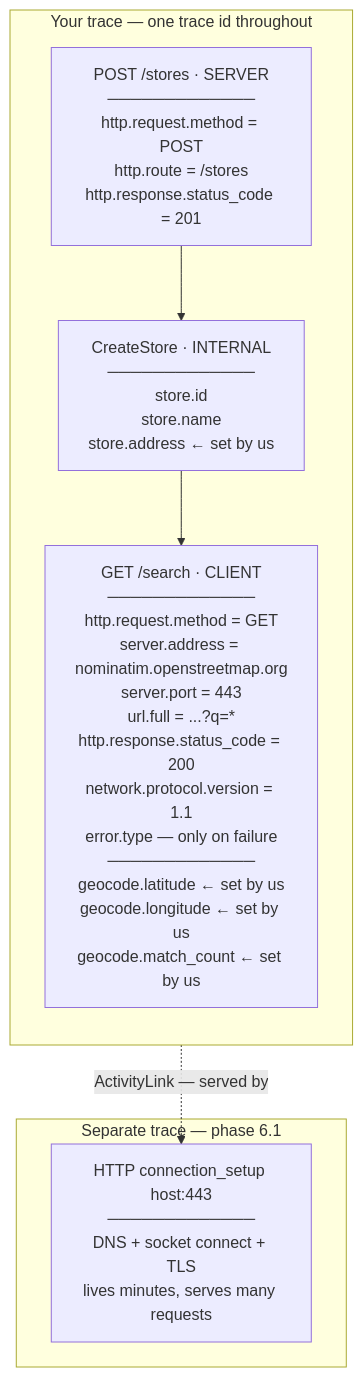
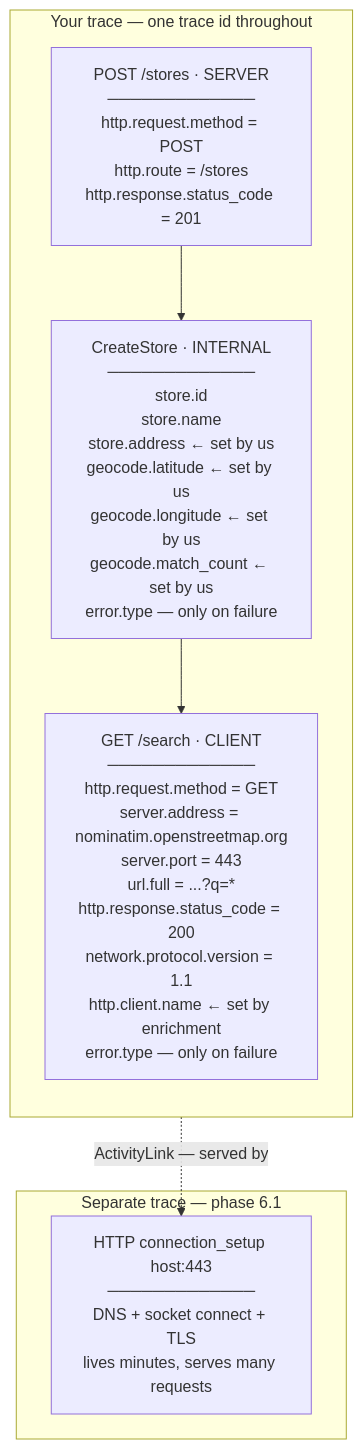
Before and after one commit to irfaniskandar-23/opentelemetry: the second of 3 diagrams in docs/phase-6-network-hop.md, drawn with Mermaid. The commit also changed other lines of this file and 2 other files, not shown here.

First line of the commit message:
fix(api): mark CreateStore as failed when POST /stores throws

````diff
--- a/docs/phase-6-network-hop.md
+++ b/docs/phase-6-network-hop.md
@@ -74,19 +74,19 @@
 ```mermaid
 flowchart TD
     subgraph T1["Your trace — one trace id throughout"]
         direction TB
         A["POST /stores · SERVER<br/>─────────────<br/>http.request.method = POST<br/>http.route = /stores<br/>http.response.status_code = 201"]
 
-        B["CreateStore · INTERNAL<br/>─────────────<br/>store.id<br/>store.name<br/>store.address ← set by us"]
+        B["CreateStore · INTERNAL<br/>─────────────<br/>store.id<br/>store.name<br/>store.address ← set by us<br/>geocode.latitude ← set by us<br/>geocode.longitude ← set by us<br/>geocode.match_count ← set by us<br/>error.type — only on failure"]
 
-        C["GET /search · CLIENT<br/>─────────────<br/>http.request.method = GET<br/>server.address = nominatim.openstreetmap.org<br/>server.port = 443<br/>url.full = ...?q=*<br/>http.response.status_code = 200<br/>network.protocol.version = 1.1<br/>error.type — only on failure<br/>─────────────<br/>geocode.latitude ← set by us<br/>geocode.longitude ← set by us<br/>geocode.match_count ← set by us"]
+        C["GET /search · CLIENT<br/>─────────────<br/>http.request.method = GET<br/>server.address = nominatim.openstreetmap.org<br/>server.port = 443<br/>url.full = ...?q=*<br/>http.response.status_code = 200<br/>network.protocol.version = 1.1<br/>http.client.name ← set by enrichment<br/>error.type — only on failure"]
 
         A --> B --> C
     end
 
     subgraph T2["Separate trace — phase 6.1"]
         D["HTTP connection_setup host:443<br/>─────────────<br/>DNS + socket connect + TLS<br/>lives minutes, serves many requests"]
     end
 
     C -. "ActivityLink — served by" .-> D
 ```
````
